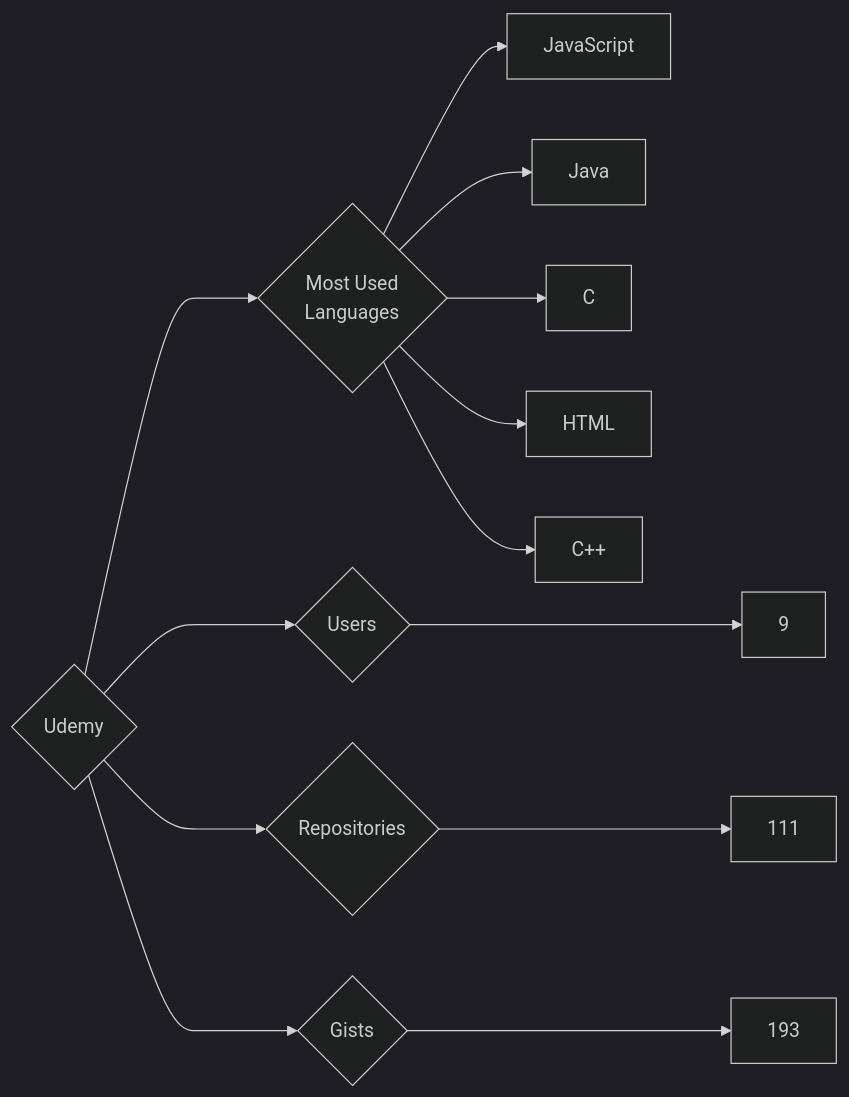
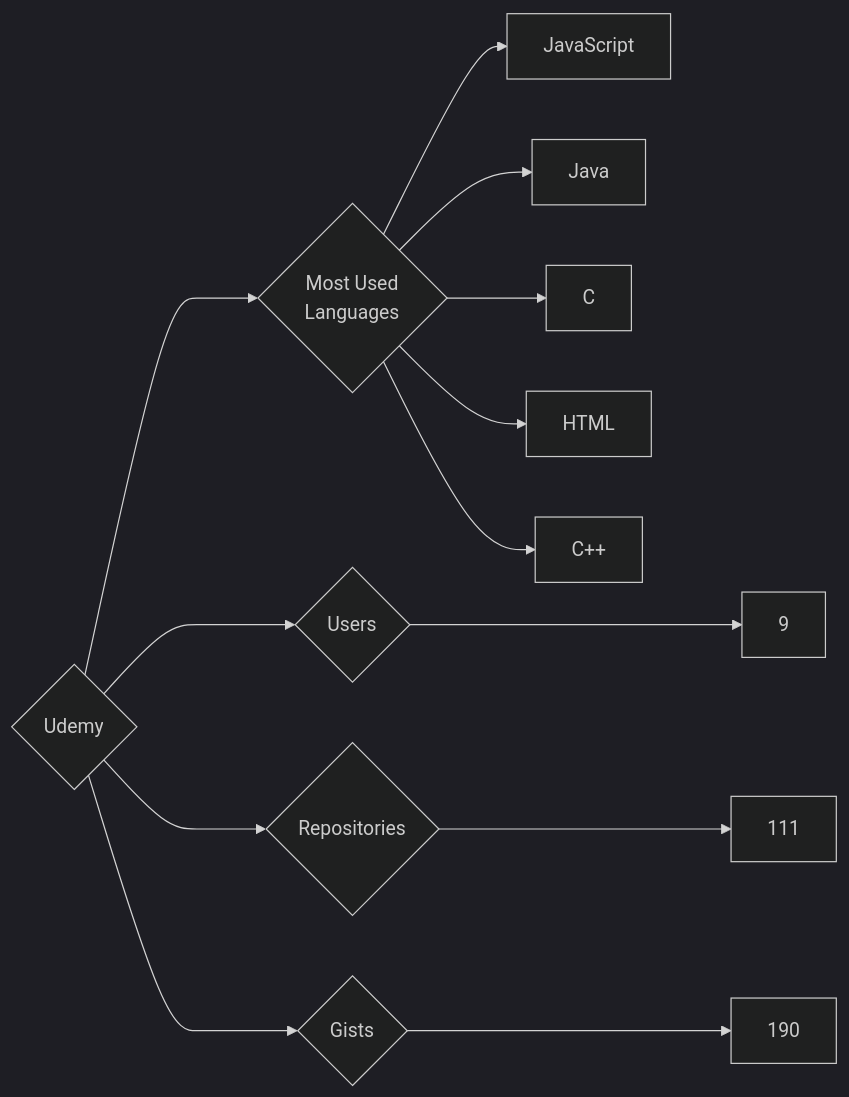
Before and after one commit to trickest/insiders: the diagram in targets/Udemy/README.md, drawn with Mermaid (dark theme). The commit also changed 898 other files, not shown here.

````diff
--- a/targets/Udemy/README.md
+++ b/targets/Udemy/README.md
@@ -3,13 +3,13 @@
 ```mermaid
 graph LR
 COMPANY_NAME{Udemy}
 COMPANY_NAME ---> U{Users} ---> UN[9]
 COMPANY_NAME ---> R{Repositories} ---> RN[111]
-COMPANY_NAME ---> G{Gists} ---> GN[193]
+COMPANY_NAME ---> G{Gists} ---> GN[190]
 COMPANY_NAME ---> ML{Most Used<br>Languages}
 ML --> JavaScript[JavaScript]
 ML --> Java[Java]
 ML --> C[C]
 ML --> HTML[HTML]
 ML --> C++[C++]
 ```
````
